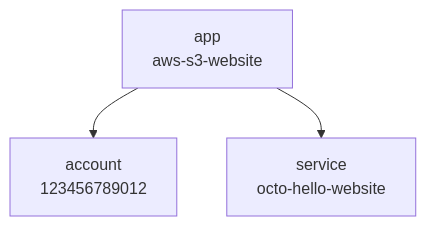
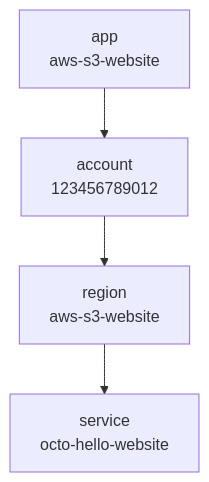
One commit to quadnix/octo changed the diagram in apps/octo-docs/docs/getting-started/static-website.mdx. Above: the diagram before and after it, drawn with Mermaid. The commit also changed other lines of this file and 9 other files, not shown here.

Commit message:
chore(docs): octo | place a service under any parents with a type and label, and put the static website in a serverless region.

````diff
--- a/apps/octo-docs/docs/getting-started/static-website.mdx
+++ b/apps/octo-docs/docs/getting-started/static-website.mdx
@@ -12,9 +12,11 @@
 ```mermaid
 graph TD
 ;
     app["app<br/>aws-s3-website"];
     account["account<br/>123456789012"];
+    region["region<br/>aws-s3-website"];
     website["service<br/>octo-hello-website"];
     app --> account;
-    app --> website;
+    account --> region;
+    region --> website;
 ```
````
